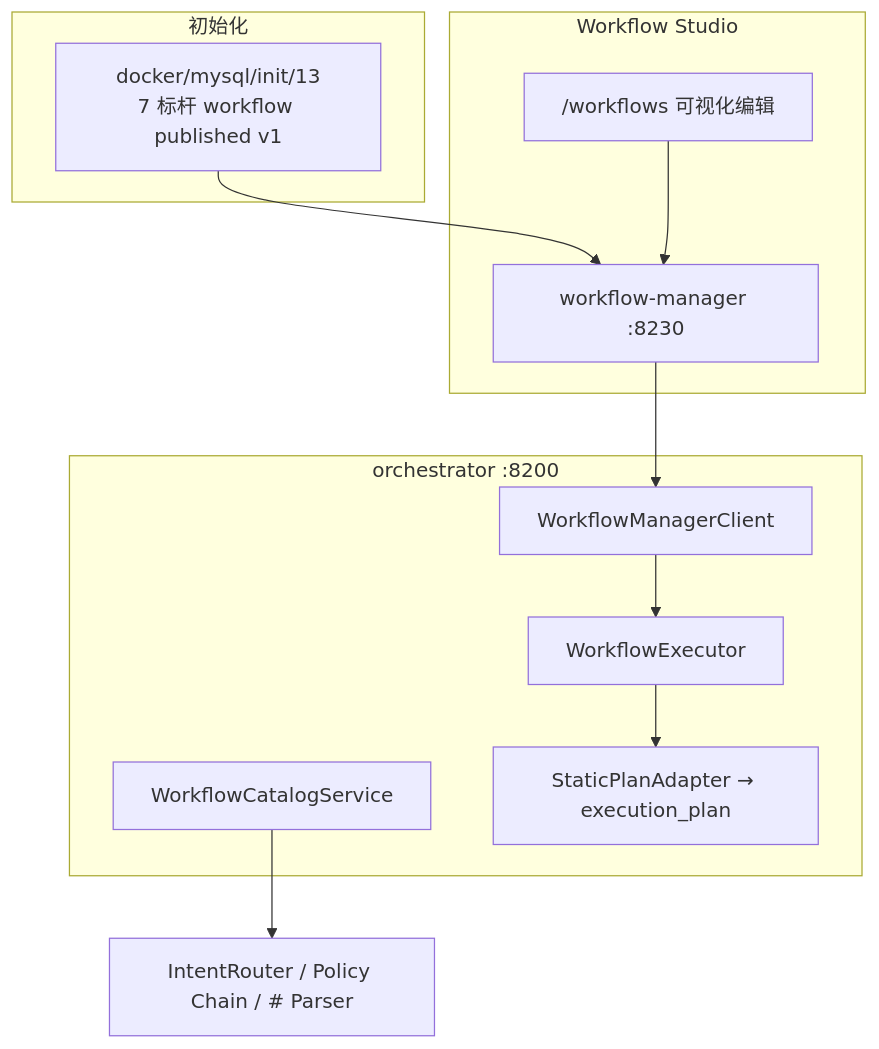
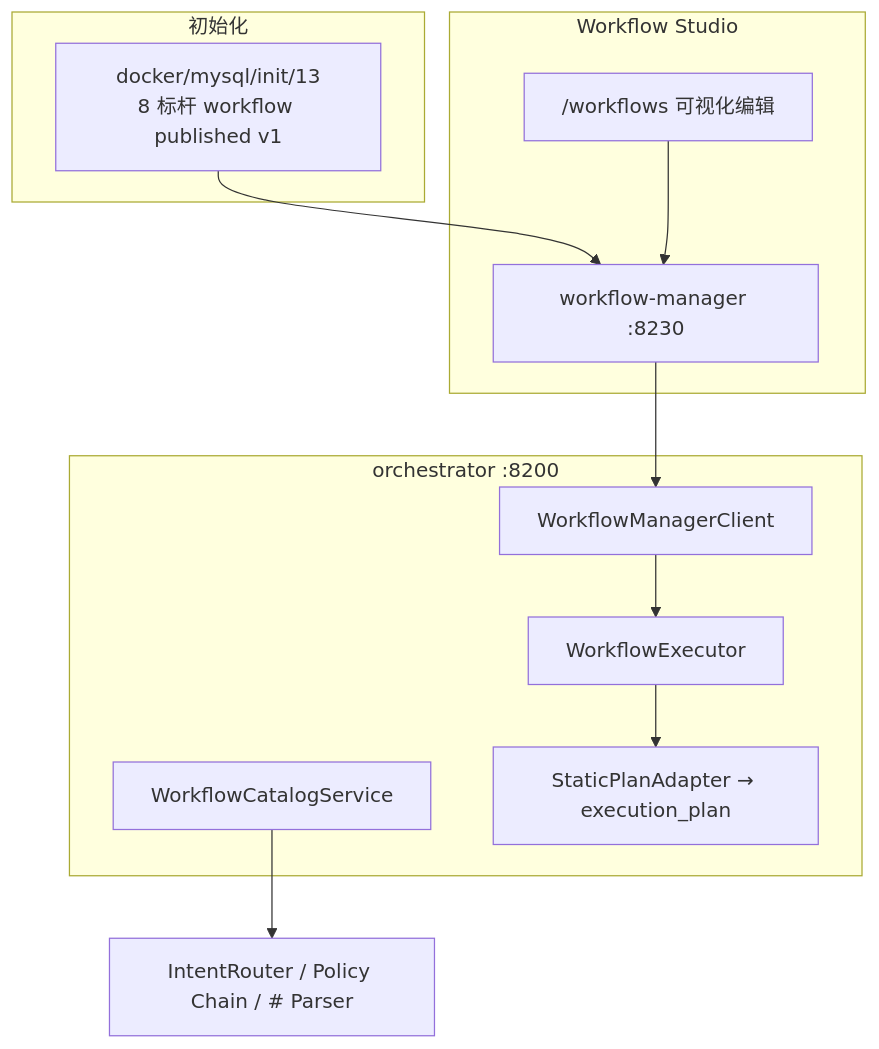
Before and after one commit to searchforsun/my-sunshine-agent: the diagram in docs/superpowers/specs/2026-06-25-workflow-studio-design.md, drawn with Mermaid. The commit also changed 45 other files, not shown here.

````diff
--- a/docs/superpowers/specs/2026-06-25-workflow-studio-design.md
+++ b/docs/superpowers/specs/2026-06-25-workflow-studio-design.md
@@ -39,22 +39,22 @@
 ```mermaid
 flowchart TB
     subgraph init [初始化]
-        SEED["docker/mysql/init/13<br/>7 标杆 workflow published v1"]
+        SEED["docker/mysql/init/13<br/>8 标杆 workflow published v1"]
     end
     subgraph admin [Workflow Studio]
         UI["/workflows 可视化编辑"]
         WM[workflow-manager :8230]
     end
     subgraph orch [orchestrator :8200]
         WMC[WorkflowManagerClient]
         WC[WorkflowCatalogService]
         WE[WorkflowExecutor]
         SPA[StaticPlanAdapter → execution_plan]
     end
     SEED --> WM
     UI --> WM
     WM --> WMC
     WMC --> WE
     WC --> IR[IntentRouter / Policy Chain / # Parser]
     WE --> SPA
 ```
````
